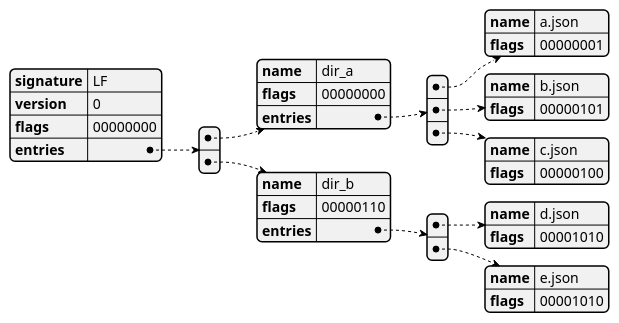
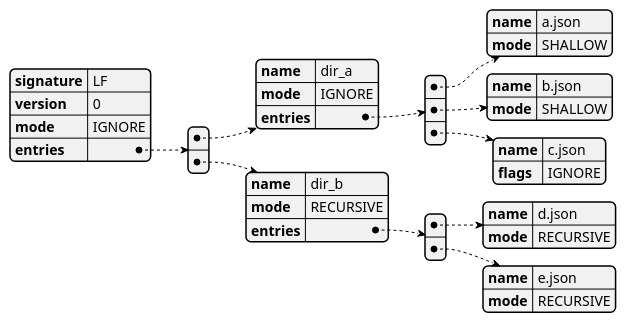
One commit to acc15/lf changed the second of 2 diagrams in doc/index-format.md. Above: the diagram before and after it, drawn with PlantUML. The commit also changed other lines of this file and 3 other files, not shown here.

````diff
--- a/doc/index-format.md
+++ b/doc/index-format.md
@@ -23,25 +23,25 @@
 ```plantuml
 @startyaml
 signature: LF
 version: 0
-flags: 00000000
+mode: IGNORE
 entries:
   - name: dir_a
-    flags: 00000000
+    mode: IGNORE
     entries:
       - name: a.json
-        flags: 00000001
+        mode: SHALLOW
       - name: b.json
-        flags: 00000101
+        mode: SHALLOW
       - name: c.json
-        flags: 00000100
+        flags: IGNORE
   - name: dir_b
-    flags: 00000110
+    mode: RECURSIVE
     entries:
       - name: d.json
-        flags: 00001010
+        mode: RECURSIVE
       - name: e.json
-        flags: 00001010
+        mode: RECURSIVE
 
 @endyaml
 ```
````
